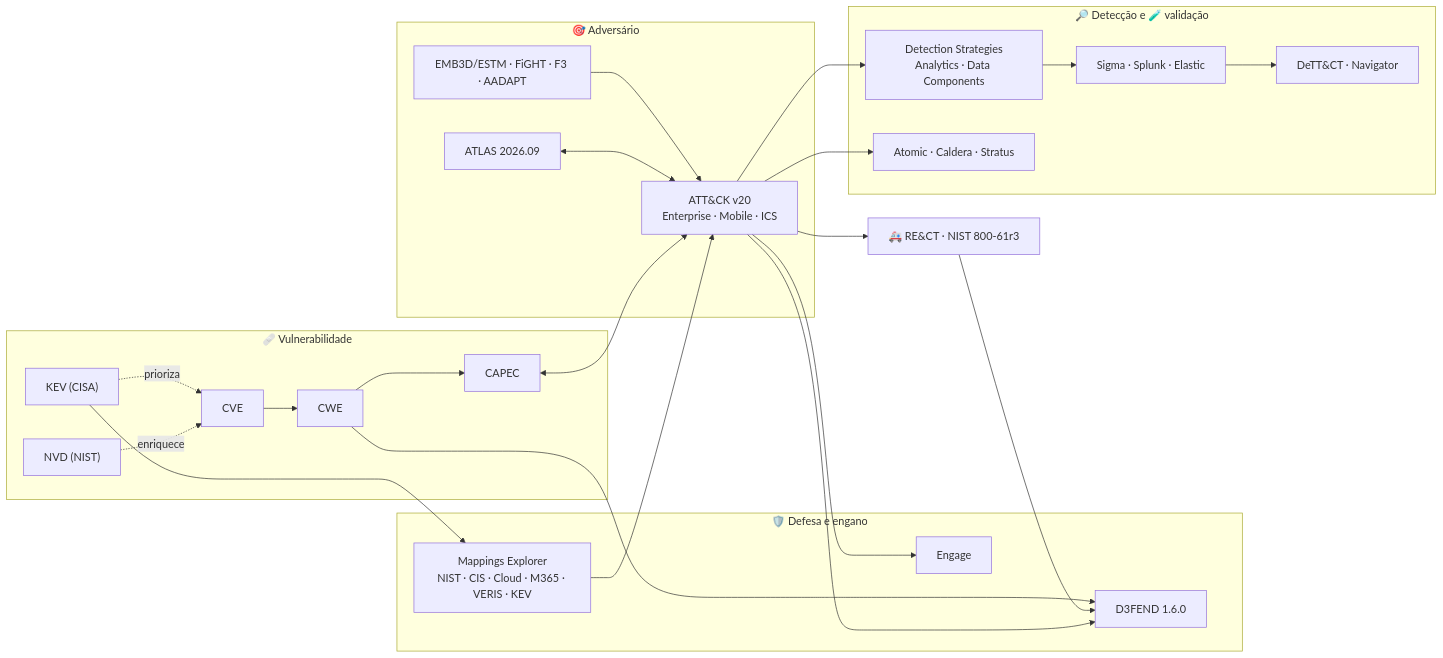
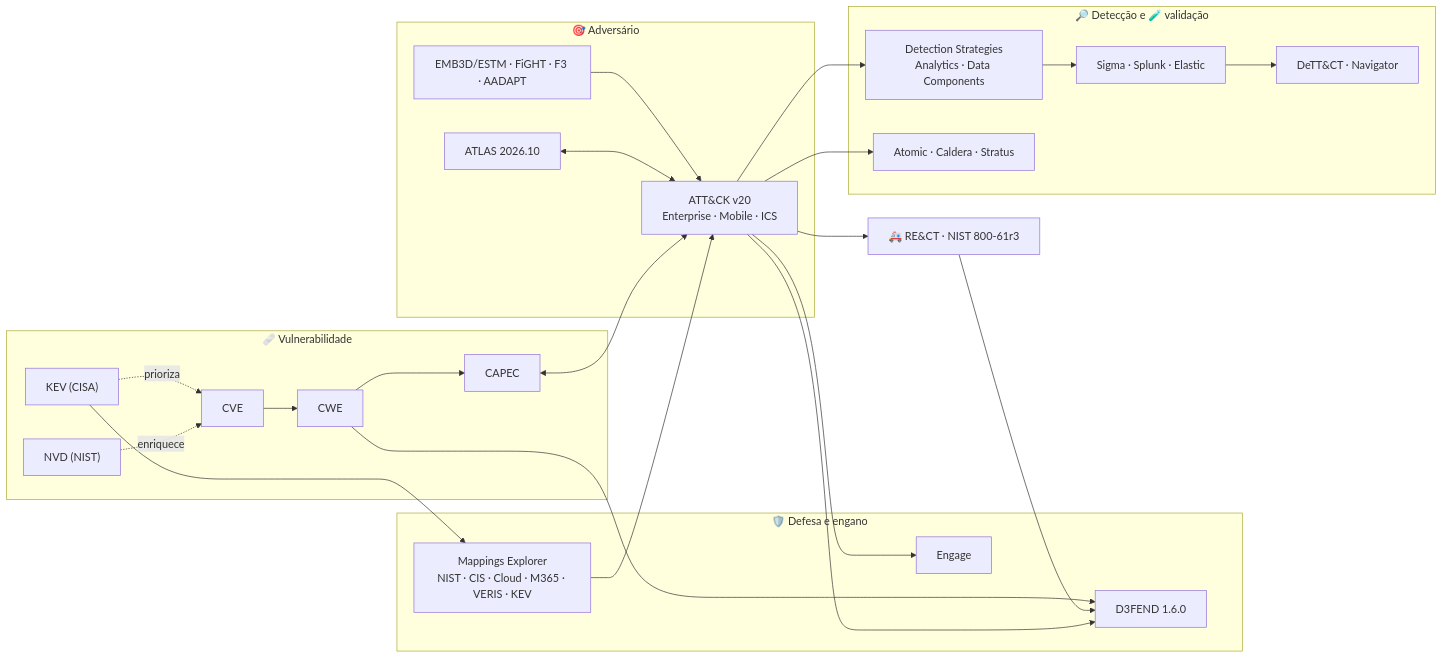
Before and after one commit to Ridd1kulusC0d3r/MITRE: the diagram in docs/crosswalks.md, drawn with Mermaid. The commit also changed 17 other files, not shown here.

````diff
--- a/docs/crosswalks.md
+++ b/docs/crosswalks.md
@@ -9,35 +9,35 @@
 ```mermaid
 flowchart LR
   subgraph VULN["🩹 Vulnerabilidade"]
     CVE[CVE] --> CWE[CWE]
     NVD["NVD (NIST)"] -.enriquece.-> CVE
     KEV["KEV (CISA)"] -.prioriza.-> CVE
     CWE --> CAPEC[CAPEC]
   end
   subgraph ADV["🎯 Adversário"]
     ATTACK["ATT&CK v20<br/>Enterprise · Mobile · ICS"]
-    ATLAS["ATLAS 2026.09"]
+    ATLAS["ATLAS 2026.10"]
     ESP["EMB3D/ESTM · FiGHT · F3 · AADAPT"]
   end
   subgraph DEF["🛡️ Defesa e engano"]
     D3F["D3FEND 1.6.0"]
     ENG[Engage]
     MAP["Mappings Explorer<br/>NIST · CIS · Cloud · M365 · VERIS · KEV"]
   end
   subgraph DET["🔎 Detecção e 🧪 validação"]
     DS["Detection Strategies<br/>Analytics · Data Components"]
     SIG["Sigma · Splunk · Elastic"]
     ART["Atomic · Caldera · Stratus"]
     DT["DeTT&CT · Navigator"]
   end
   REACT["🚑 RE&CT · NIST 800-61r3"]
   CAPEC <--> ATTACK
   KEV --> MAP --> ATTACK
   ATTACK --> D3F & ENG & DS
   DS --> SIG --> DT
   ATTACK --> ART
   ATTACK --> REACT --> D3F
   ATLAS <--> ATTACK
   ESP --> ATTACK
   CWE --> D3F
 ```
````
